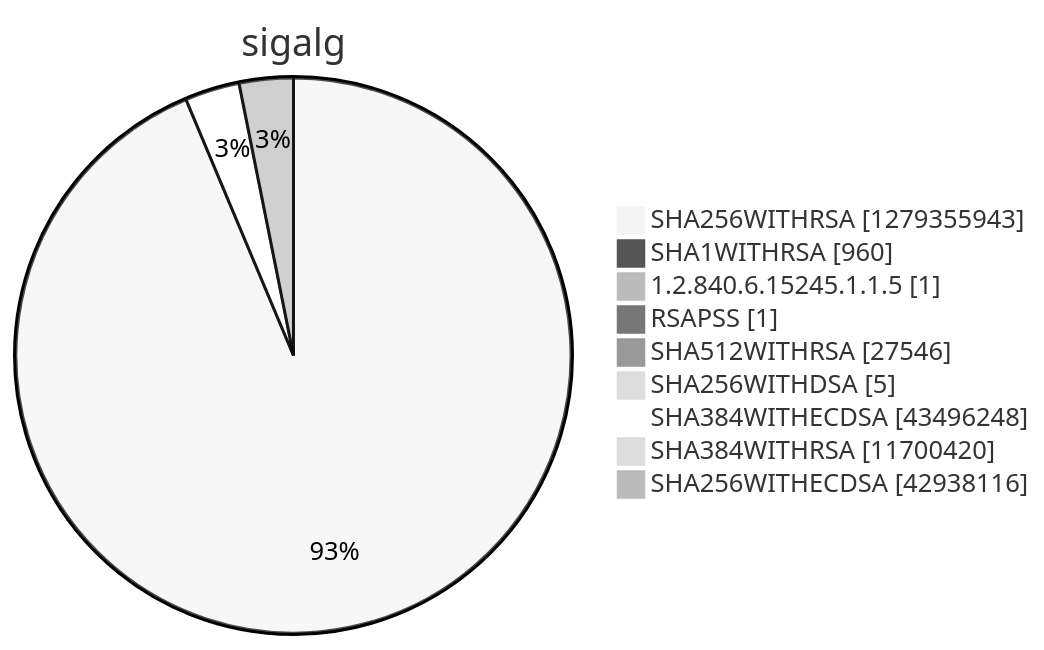
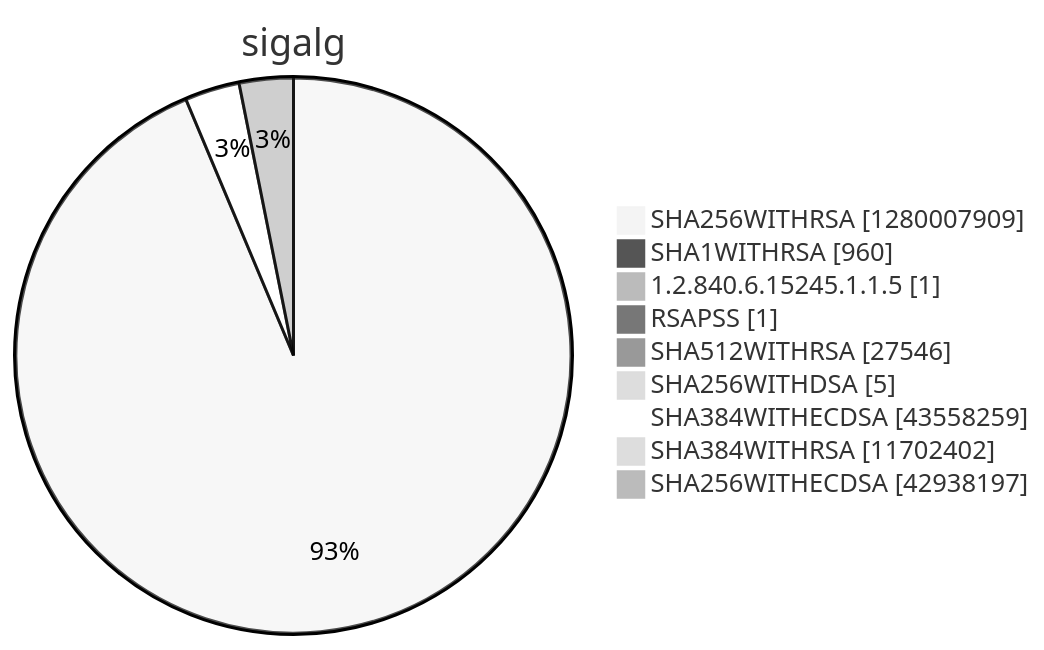
One commit to christiankrug/ctmonitor_visualization changed diagram 15 of 15 in argon2022/README.md. Above: the diagram before and after it, drawn with Mermaid (neutral theme). The commit also changed other lines of this file, not shown here.

````diff
--- a/argon2022/README.md
+++ b/argon2022/README.md
@@ -5522,13 +5523,13 @@
 ```mermaid
 pie showData
 title sigalg
-"SHA256WITHRSA" :1279355943
+"SHA256WITHRSA" :1280007909
 "SHA1WITHRSA" :960
 "1.2.840.6.15245.1.1.5" :1
 "RSAPSS" :1
 "SHA512WITHRSA" :27546
 "SHA256WITHDSA" :5
-"SHA384WITHECDSA" :43496248
-"SHA384WITHRSA" :11700420
-"SHA256WITHECDSA" :42938116
+"SHA384WITHECDSA" :43558259
+"SHA384WITHRSA" :11702402
+"SHA256WITHECDSA" :42938197
 ```
````
